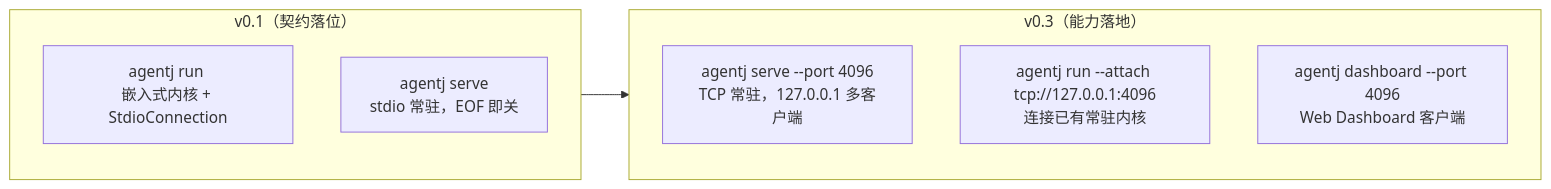
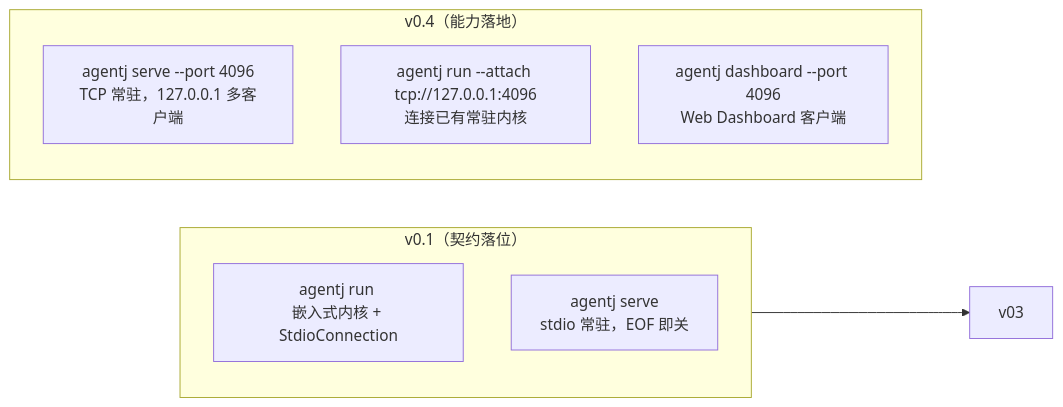
One commit to JeillZhang/agentj changed the fourth of 4 diagrams in docs/superpowers/specs/2026-08-15-agentj-daemon-kernel-design.md. Above: the diagram before and after it, drawn with Mermaid. The commit also changed other lines of this file and 8 other files, not shown here.

````diff
--- a/docs/superpowers/specs/2026-08-15-agentj-daemon-kernel-design.md
+++ b/docs/superpowers/specs/2026-08-15-agentj-daemon-kernel-design.md
@@ -162,13 +162,13 @@
 ```mermaid
 flowchart LR
     subgraph v01["v0.1（契约落位）"]
         R1["agentj run <prompt><br/>嵌入式内核 + StdioConnection"]
         R2["agentj serve<br/>stdio 常驻，EOF 即关"]
     end
-    subgraph v03["v0.3（能力落地）"]
+    subgraph v04["v0.4（能力落地）"]
         R3["agentj serve --port 4096<br/>TCP 常驻，127.0.0.1 多客户端"]
         R4["agentj run --attach tcp://127.0.0.1:4096<br/>连接已有常驻内核"]
         R5["agentj dashboard --port 4096<br/>Web Dashboard 客户端"]
     end
     v01 --> v03
 ```
````
